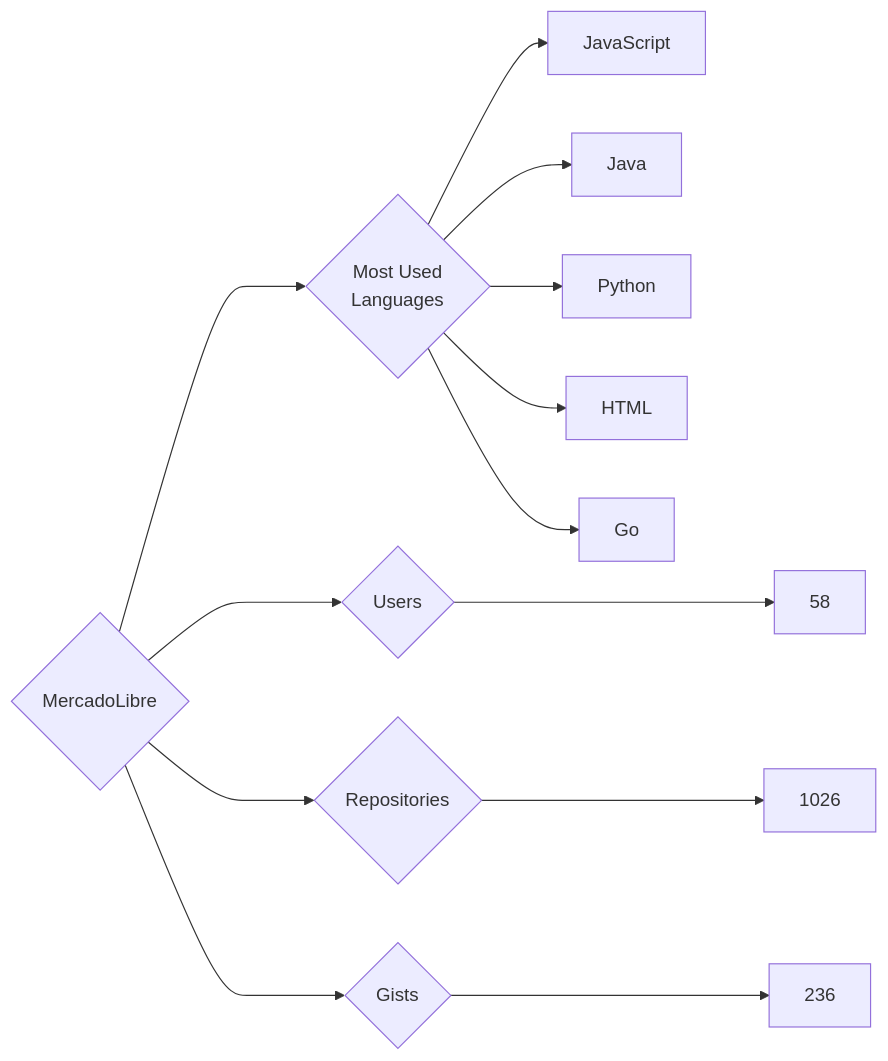
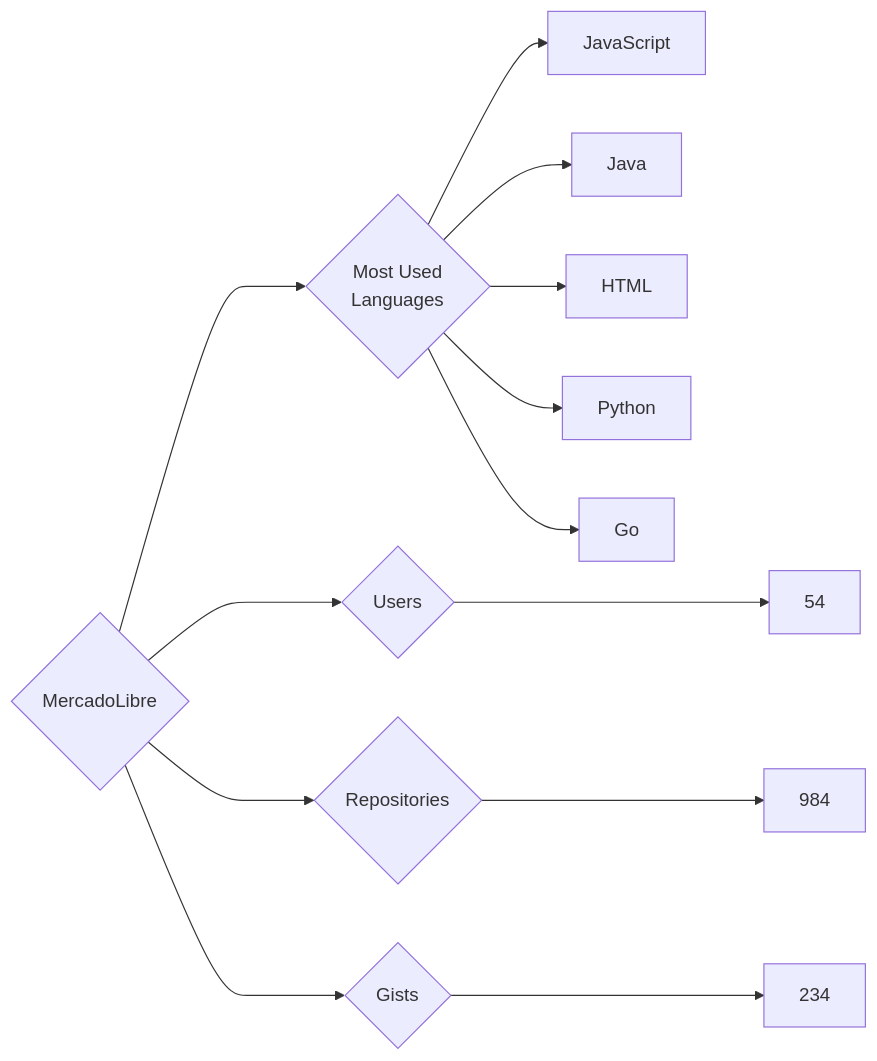
The diagram in targets/MercadoLibre/README.md (trickest/insiders), drawn with Mermaid before and after one commit. The commit also changed 965 other files, not shown here.

````diff
--- a/targets/MercadoLibre/README.md
+++ b/targets/MercadoLibre/README.md
@@ -3,13 +3,13 @@
 ```mermaid
 graph LR
 COMPANY_NAME{MercadoLibre}
-COMPANY_NAME ---> U{Users} ---> UN[58]
-COMPANY_NAME ---> R{Repositories} ---> RN[1026]
-COMPANY_NAME ---> G{Gists} ---> GN[236]
+COMPANY_NAME ---> U{Users} ---> UN[54]
+COMPANY_NAME ---> R{Repositories} ---> RN[984]
+COMPANY_NAME ---> G{Gists} ---> GN[234]
 COMPANY_NAME ---> ML{Most Used<br>Languages}
 ML --> JavaScript[JavaScript]
 ML --> Java[Java]
+ML --> HTML[HTML]
 ML --> Python[Python]
-ML --> HTML[HTML]
 ML --> Go[Go]
 ```
````
